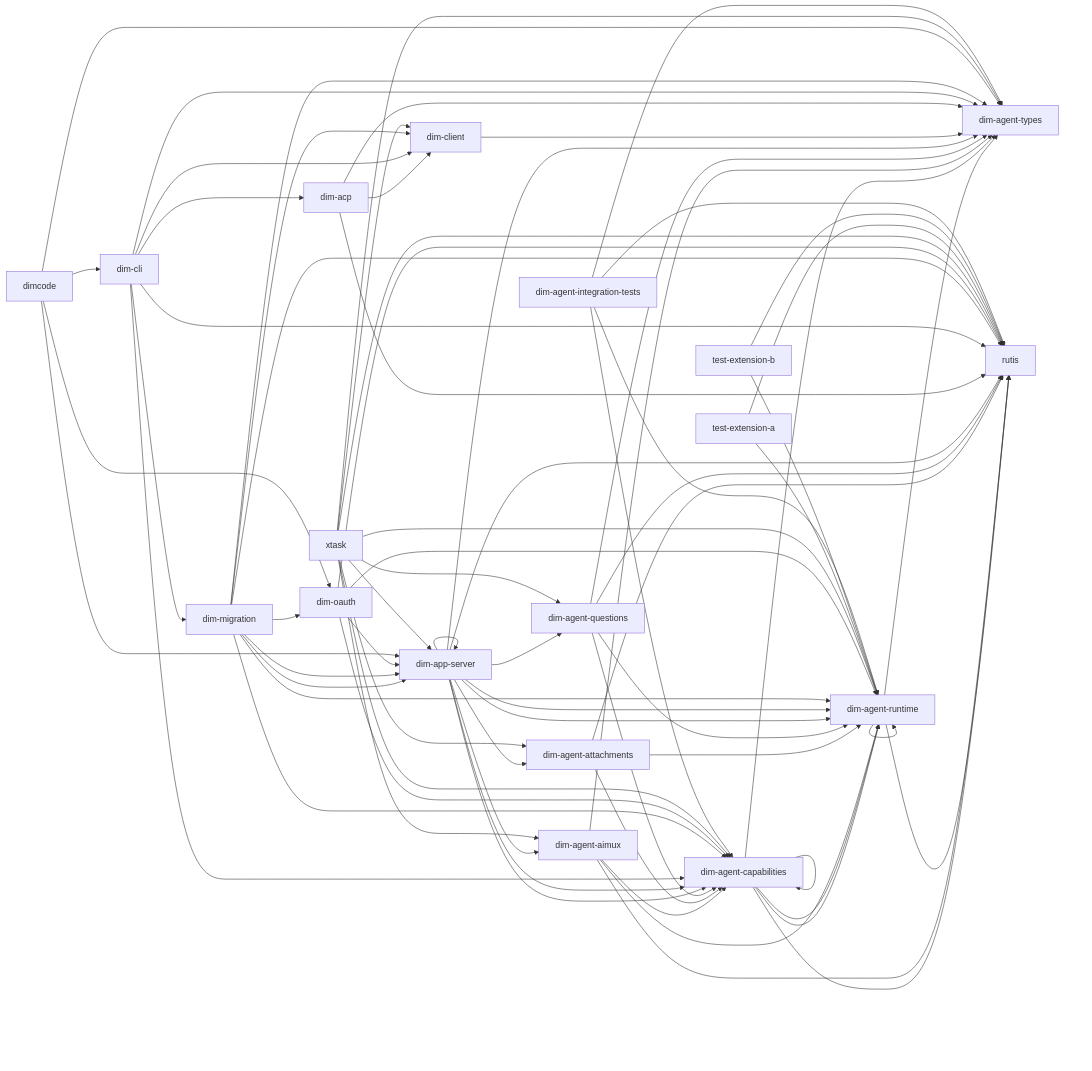
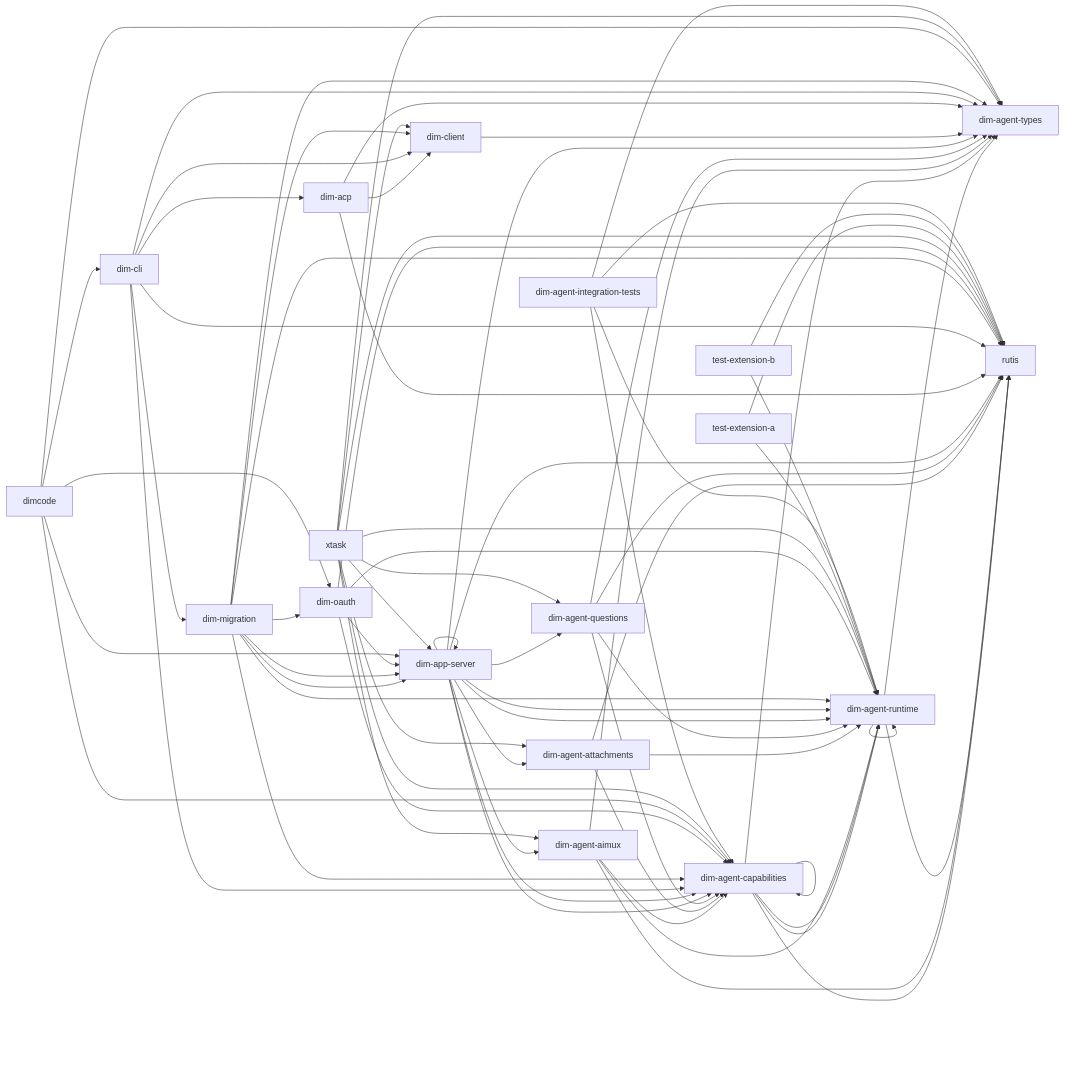
The diagram in docs/architecture/rust-agent/generated/crates.mmd (CoutinhoTTS/dim-agent), drawn with Mermaid before and after one commit. The commit also changed 25 other files, not shown here.

```diff
--- a/docs/architecture/rust-agent/generated/crates.mmd
+++ b/docs/architecture/rust-agent/generated/crates.mmd
@@ -1,74 +1,75 @@
 %% Generated from cargo metadata; do not edit.
 flowchart LR
   dim_agent_runtime["dim-agent-runtime"] --> dim_agent_types["dim-agent-types"]
   dim_agent_runtime["dim-agent-runtime"] --> rutis["rutis"]
   dim_agent_runtime["dim-agent-runtime"] --> dim_agent_runtime["dim-agent-runtime"]
   dim_agent_capabilities["dim-agent-capabilities"] --> dim_agent_runtime["dim-agent-runtime"]
   dim_agent_capabilities["dim-agent-capabilities"] --> dim_agent_types["dim-agent-types"]
   dim_agent_capabilities["dim-agent-capabilities"] --> rutis["rutis"]
   dim_agent_capabilities["dim-agent-capabilities"] --> dim_agent_capabilities["dim-agent-capabilities"]
   dim_agent_capabilities["dim-agent-capabilities"] --> dim_agent_runtime["dim-agent-runtime"]
   dim_agent_aimux["dim-agent-aimux"] --> dim_agent_capabilities["dim-agent-capabilities"]
   dim_agent_aimux["dim-agent-aimux"] --> dim_agent_runtime["dim-agent-runtime"]
   dim_agent_aimux["dim-agent-aimux"] --> dim_agent_types["dim-agent-types"]
   dim_agent_aimux["dim-agent-aimux"] --> rutis["rutis"]
   dim_agent_attachments["dim-agent-attachments"] --> dim_agent_capabilities["dim-agent-capabilities"]
   dim_agent_attachments["dim-agent-attachments"] --> dim_agent_runtime["dim-agent-runtime"]
   dim_agent_attachments["dim-agent-attachments"] --> rutis["rutis"]
   dim_agent_questions["dim-agent-questions"] --> dim_agent_capabilities["dim-agent-capabilities"]
   dim_agent_questions["dim-agent-questions"] --> dim_agent_runtime["dim-agent-runtime"]
   dim_agent_questions["dim-agent-questions"] --> dim_agent_types["dim-agent-types"]
   dim_agent_questions["dim-agent-questions"] --> rutis["rutis"]
   dim_app_server["dim-app-server"] --> dim_agent_aimux["dim-agent-aimux"]
   dim_app_server["dim-app-server"] --> dim_agent_attachments["dim-agent-attachments"]
   dim_app_server["dim-app-server"] --> dim_agent_capabilities["dim-agent-capabilities"]
   dim_app_server["dim-app-server"] --> dim_agent_questions["dim-agent-questions"]
   dim_app_server["dim-app-server"] --> dim_agent_runtime["dim-agent-runtime"]
   dim_app_server["dim-app-server"] --> dim_agent_types["dim-agent-types"]
   dim_app_server["dim-app-server"] --> rutis["rutis"]
   dim_app_server["dim-app-server"] --> dim_agent_capabilities["dim-agent-capabilities"]
   dim_app_server["dim-app-server"] --> dim_agent_runtime["dim-agent-runtime"]
   dim_app_server["dim-app-server"] --> dim_app_server["dim-app-server"]
   dim_client["dim-client"] --> dim_agent_types["dim-agent-types"]
   dim_acp["dim-acp"] --> dim_agent_types["dim-agent-types"]
   dim_acp["dim-acp"] --> dim_client["dim-client"]
   dim_acp["dim-acp"] --> rutis["rutis"]
   dim_cli["dim-cli"] --> dim_acp["dim-acp"]
   dim_cli["dim-cli"] --> dim_agent_capabilities["dim-agent-capabilities"]
   dim_cli["dim-cli"] --> dim_agent_types["dim-agent-types"]
   dim_cli["dim-cli"] --> dim_client["dim-client"]
   dim_cli["dim-cli"] --> dim_migration["dim-migration"]
   dim_cli["dim-cli"] --> rutis["rutis"]
   dim_migration["dim-migration"] --> dim_agent_capabilities["dim-agent-capabilities"]
   dim_migration["dim-migration"] --> dim_agent_runtime["dim-agent-runtime"]
   dim_migration["dim-migration"] --> dim_agent_types["dim-agent-types"]
   dim_migration["dim-migration"] --> dim_app_server["dim-app-server"]
   dim_migration["dim-migration"] --> rutis["rutis"]
   dim_migration["dim-migration"] --> dim_app_server["dim-app-server"]
   dim_migration["dim-migration"] --> dim_client["dim-client"]
   dim_migration["dim-migration"] --> dim_oauth["dim-oauth"]
   dim_oauth["dim-oauth"] --> dim_agent_capabilities["dim-agent-capabilities"]
   dim_oauth["dim-oauth"] --> dim_agent_runtime["dim-agent-runtime"]
   dim_oauth["dim-oauth"] --> dim_app_server["dim-app-server"]
   dim_oauth["dim-oauth"] --> rutis["rutis"]
   dimcode["dimcode"] --> dim_app_server["dim-app-server"]
   dimcode["dimcode"] --> dim_cli["dim-cli"]
   dimcode["dimcode"] --> dim_oauth["dim-oauth"]
+  dimcode["dimcode"] --> dim_agent_capabilities["dim-agent-capabilities"]
   dimcode["dimcode"] --> dim_agent_types["dim-agent-types"]
   xtask["xtask"] --> dim_agent_aimux["dim-agent-aimux"]
   xtask["xtask"] --> dim_agent_attachments["dim-agent-attachments"]
   xtask["xtask"] --> dim_agent_capabilities["dim-agent-capabilities"]
   xtask["xtask"] --> dim_agent_questions["dim-agent-questions"]
   xtask["xtask"] --> dim_agent_runtime["dim-agent-runtime"]
   xtask["xtask"] --> dim_agent_types["dim-agent-types"]
   xtask["xtask"] --> dim_app_server["dim-app-server"]
   xtask["xtask"] --> dim_client["dim-client"]
   xtask["xtask"] --> rutis["rutis"]
   test_extension_a["test-extension-a"] --> dim_agent_runtime["dim-agent-runtime"]
   test_extension_a["test-extension-a"] --> rutis["rutis"]
   test_extension_b["test-extension-b"] --> dim_agent_runtime["dim-agent-runtime"]
   test_extension_b["test-extension-b"] --> rutis["rutis"]
   dim_agent_integration_tests["dim-agent-integration-tests"] --> dim_agent_capabilities["dim-agent-capabilities"]
   dim_agent_integration_tests["dim-agent-integration-tests"] --> dim_agent_runtime["dim-agent-runtime"]
   dim_agent_integration_tests["dim-agent-integration-tests"] --> dim_agent_types["dim-agent-types"]
   dim_agent_integration_tests["dim-agent-integration-tests"] --> rutis["rutis"]
```
